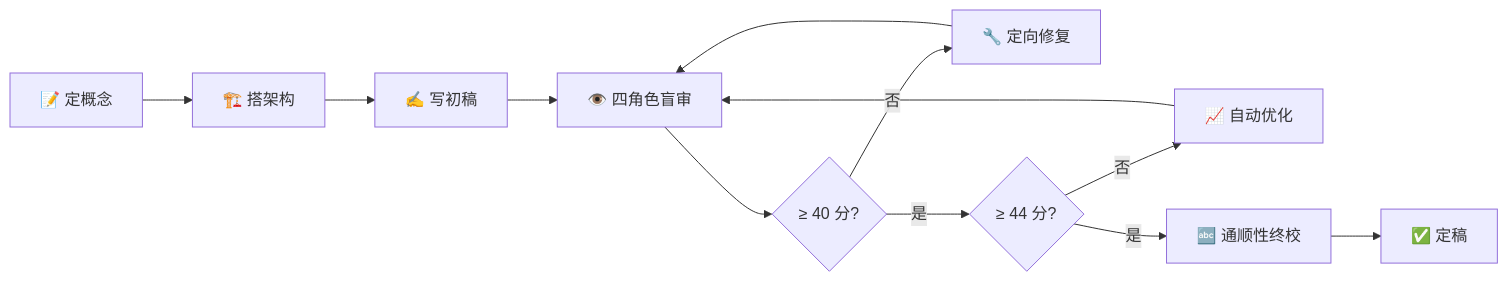
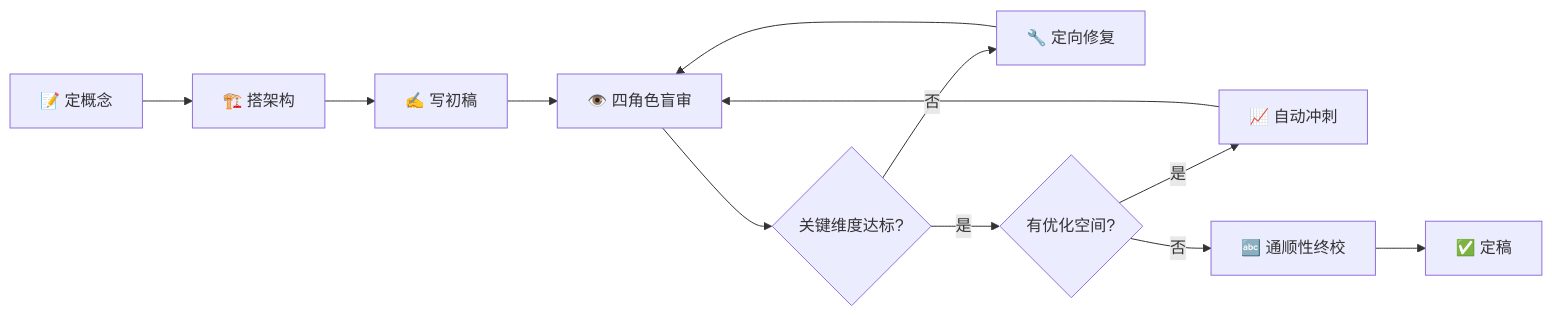
One commit to Bowen-studying/loop-short-story changed the diagram in README.md. Above: the diagram before and after it, drawn with Mermaid. The commit also changed other lines of this file and 2 other files, not shown here.

````diff
--- a/README.md
+++ b/README.md
@@ -27,14 +27,14 @@
 ```mermaid
 flowchart LR
     A[📝 定概念] --> B[🏗️ 搭架构]
     B --> C[✍️ 写初稿]
     C --> D[👁️ 四角色盲审]
-    D --> E{≥ 40 分?}
+    D --> E{关键维度达标?}
     E -- 否 --> F[🔧 定向修复]
     F --> D
-    E -- 是 --> G{≥ 44 分?}
-    G -- 否 --> H[📈 自动优化]
+    E -- 是 --> G{有优化空间?}
+    G -- 是 --> H[📈 自动冲刺]
     H --> D
-    G -- 是 --> I[🔤 通顺性终校]
+    G -- 否 --> I[🔤 通顺性终校]
     I --> J[✅ 定稿]
 ```
````
